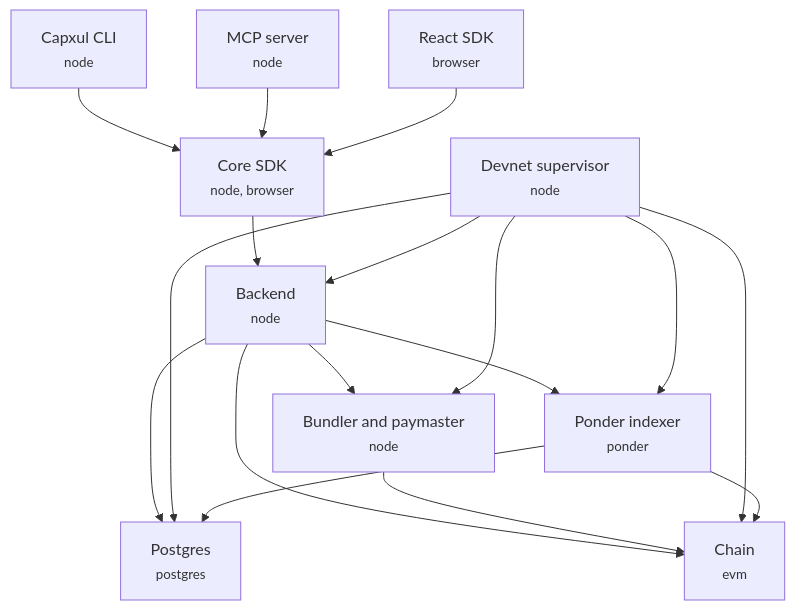
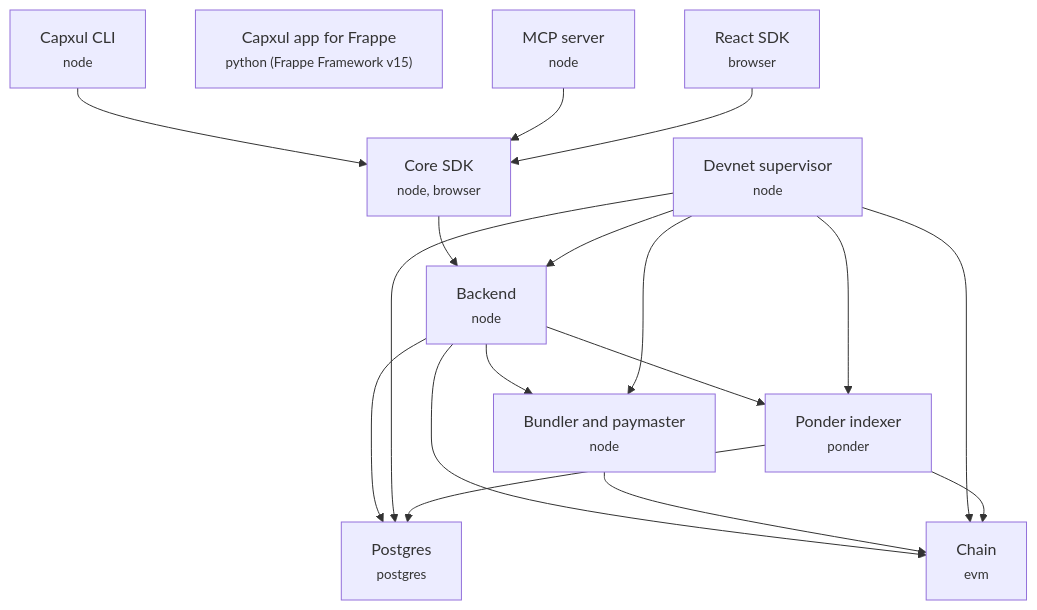
One commit to AaronAbuUsama/capxul-next changed the first of 2 diagrams in docs/decisions/target-architecture.md. Above: the diagram before and after it, drawn with Mermaid. The commit also changed other lines of this file and 32 other files, not shown here.

````diff
--- a/docs/decisions/target-architecture.md
+++ b/docs/decisions/target-architecture.md
@@ -55,29 +55,30 @@
 ```mermaid
 flowchart TD
   backend["Backend<br/><small>node</small>"]
   bundler_paymaster["Bundler and paymaster<br/><small>node</small>"]
   chain["Chain<br/><small>evm</small>"]
   cli["Capxul CLI<br/><small>node</small>"]
   core_sdk["Core SDK<br/><small>node, browser</small>"]
   devnet["Devnet supervisor<br/><small>node</small>"]
+  frappe_app["Capxul app for Frappe<br/><small>python (Frappe Framework v15)</small>"]
   mcp_server["MCP server<br/><small>node</small>"]
   ponder["Ponder indexer<br/><small>ponder</small>"]
   postgres["Postgres<br/><small>postgres</small>"]
   react_sdk["React SDK<br/><small>browser</small>"]
   backend --> postgres
   backend --> ponder
   backend --> chain
   backend --> bundler_paymaster
   bundler_paymaster --> chain
   cli --> core_sdk
   core_sdk --> backend
   devnet --> chain
   devnet --> postgres
   devnet --> ponder
   devnet --> bundler_paymaster
   devnet --> backend
   mcp_server --> core_sdk
   ponder --> chain
   ponder --> postgres
   react_sdk --> core_sdk
 ```
````
